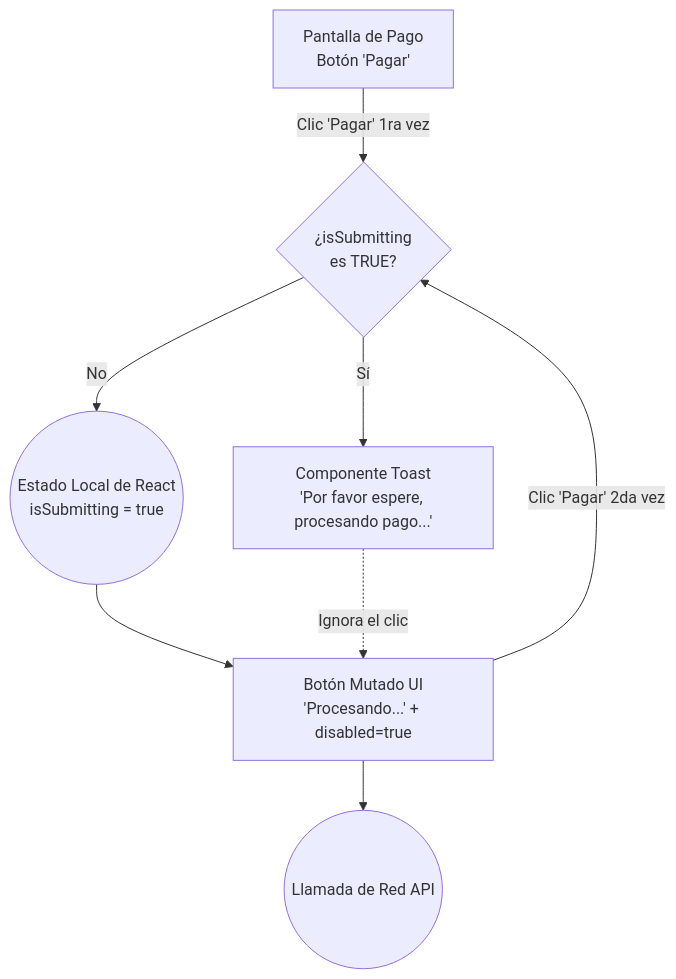
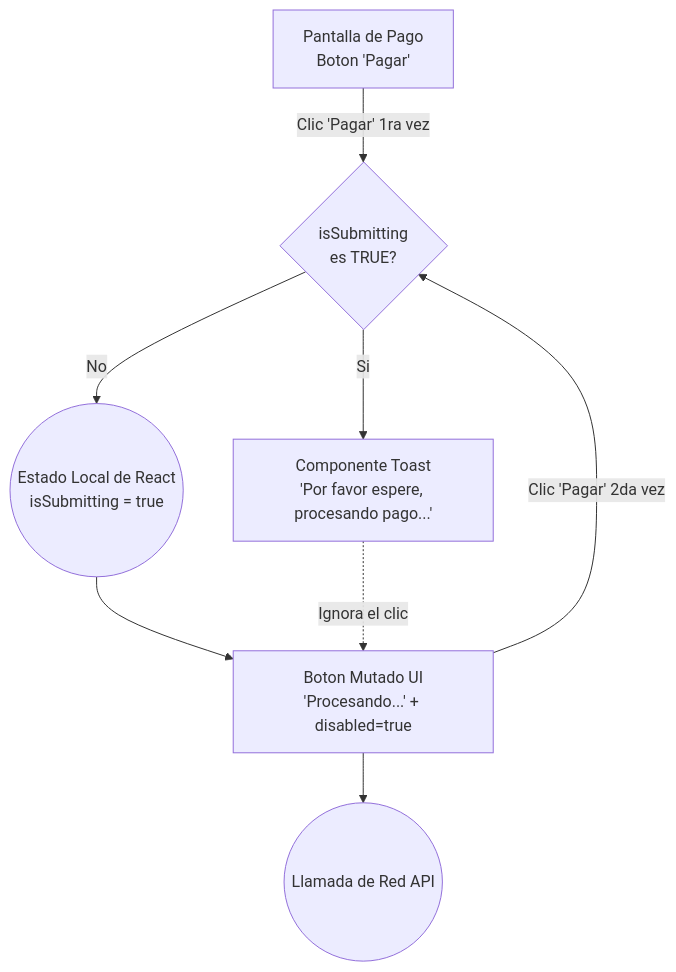
Before and after one commit to camilolayos54-dotcom/NosFuimosdeFinca: the second of 2 diagrams in docs/04-system-modeling/02.User_Flows_Task_Flows/modules/MOD-PAY_flows.md, drawn with Mermaid. The commit also changed other lines of this file and 62 other files, not shown here.

````diff
--- a/docs/04-system-modeling/02.User_Flows_Task_Flows/modules/MOD-PAY_flows.md
+++ b/docs/04-system-modeling/02.User_Flows_Task_Flows/modules/MOD-PAY_flows.md
@@ -74,29 +74,29 @@
 ```mermaid
 flowchart TD
     %% Nodos UI
-    CheckoutUI[Pantalla de Pago<br>Botón 'Pagar']
-    LockedButtonUI[Botón Mutado UI<br>'Procesando...' + disabled=true]
+    CheckoutUI[Pantalla de Pago<br>Boton 'Pagar']
+    LockedButtonUI[Boton Mutado UI<br>'Procesando...' + disabled=true]
     ToastErrorUI[Componente Toast<br>'Por favor espere, procesando pago...']
     
-    %% Nodos Asíncronos
+    %% Nodos Asincronos
     FrontendState((Estado Local de React<br>isSubmitting = true))
     API_Call((Llamada de Red API))
     
     %% Decisiones
-    IsLoadingCheck{¿isSubmitting<br>es TRUE?}
+    IsLoadingCheck{ isSubmitting<br>es TRUE?}
 
-    %% Flujo Clic Múltiple
+    %% Flujo Clic Multiple
     CheckoutUI --> |Clic 'Pagar' 1ra vez| IsLoadingCheck
     
-    %% Primer clic válido
+    %% Primer clic valido
     IsLoadingCheck -- No --> FrontendState
     FrontendState --> LockedButtonUI
     LockedButtonUI --> API_Call
     
-    %% El usuario se desespera y hace clic 3 veces más
+    %% El usuario se desespera y hace clic 3 veces mas
     LockedButtonUI --> |Clic 'Pagar' 2da vez| IsLoadingCheck
-    IsLoadingCheck -- Sí --> ToastErrorUI
+    IsLoadingCheck -- Si --> ToastErrorUI
     
-    %% El flujo muere aquí, protegiendo la Base de Datos
+    %% El flujo muere aqui, protegiendo la Base de Datos
     ToastErrorUI -.-> |Ignora el clic| LockedButtonUI
 ```
````
